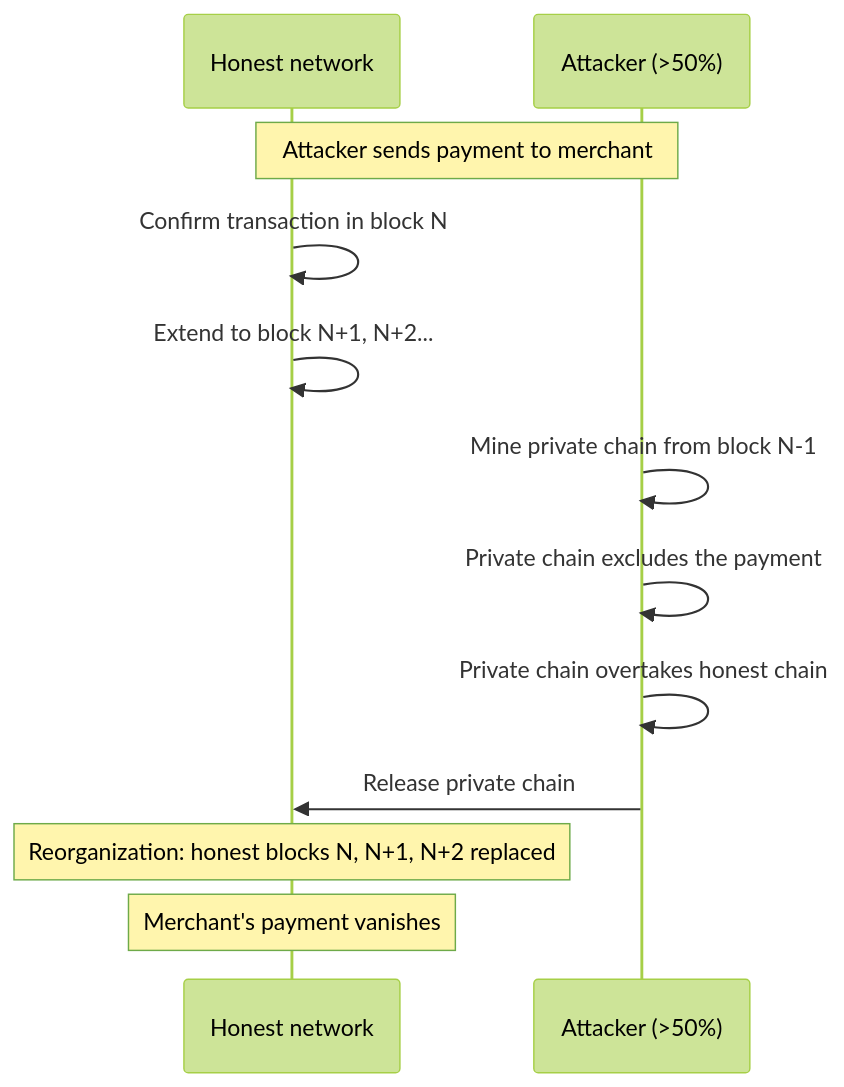
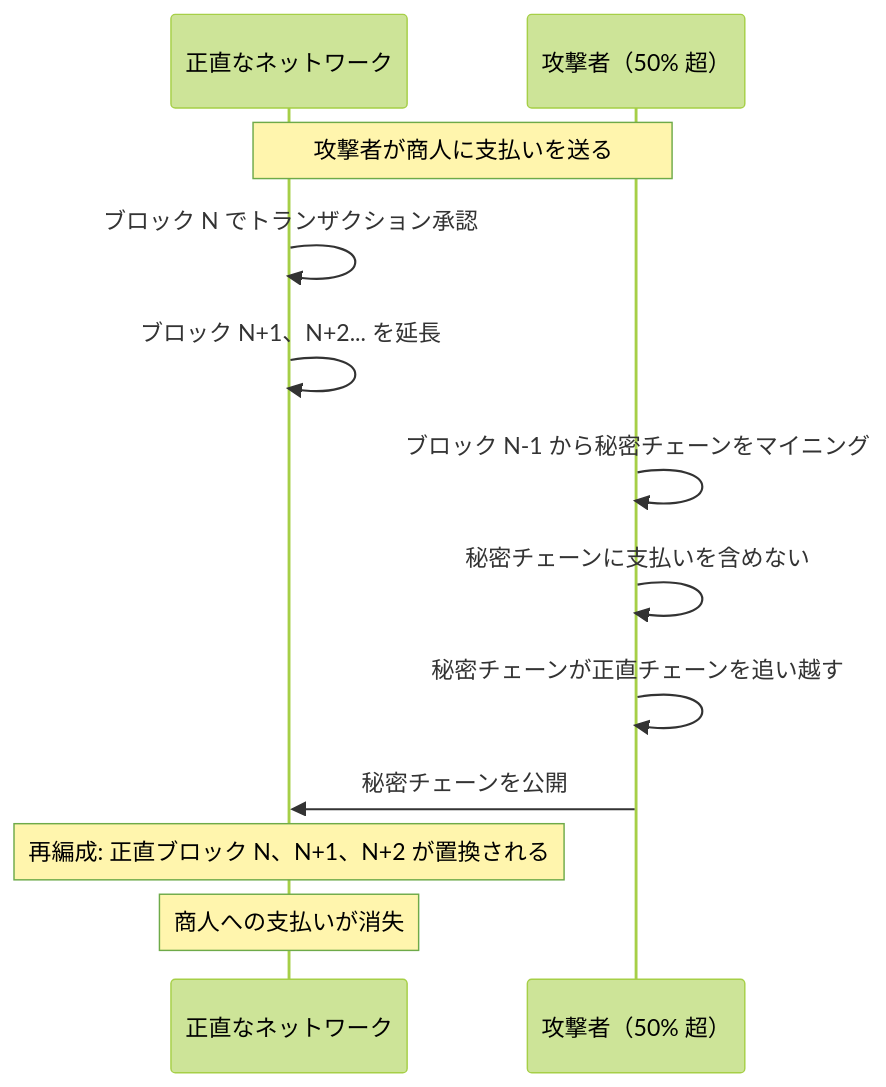
One commit to cypher256/BitcoinArchive changed the second of 8 diagrams in src/data/translations/ja/design/2009-01-03-bitcoin-security-model.md. Above: the diagram before and after it, drawn with Mermaid (forest theme). The commit also changed other lines of this file and 11 other files, not shown here.

````diff
--- a/src/data/translations/ja/design/2009-01-03-bitcoin-security-model.md
+++ b/src/data/translations/ja/design/2009-01-03-bitcoin-security-model.md
@@ -96,17 +96,17 @@
 ```mermaid
 sequenceDiagram
-    participant H as Honest network
-    participant A as Attacker (>50%)
+    participant H as 正直なネットワーク
+    participant A as 攻撃者（50% 超）
 
-    Note over H,A: Attacker sends payment to merchant
-    H->>H: Confirm transaction in block N
-    H->>H: Extend to block N+1, N+2...
+    Note over H,A: 攻撃者が商人に支払いを送る
+    H->>H: ブロック N でトランザクション承認
+    H->>H: ブロック N+1、N+2... を延長
 
-    A->>A: Mine private chain from block N-1
-    A->>A: Private chain excludes the payment
-    A->>A: Private chain overtakes honest chain
+    A->>A: ブロック N-1 から秘密チェーンをマイニング
+    A->>A: 秘密チェーンに支払いを含めない
+    A->>A: 秘密チェーンが正直チェーンを追い越す
 
-    A->>H: Release private chain
-    Note over H: Reorganization: honest blocks N, N+1, N+2 replaced
-    Note over H: Merchant's payment vanishes
+    A->>H: 秘密チェーンを公開
+    Note over H: 再編成: 正直ブロック N、N+1、N+2 が置換される
+    Note over H: 商人への支払いが消失
 ```
````
